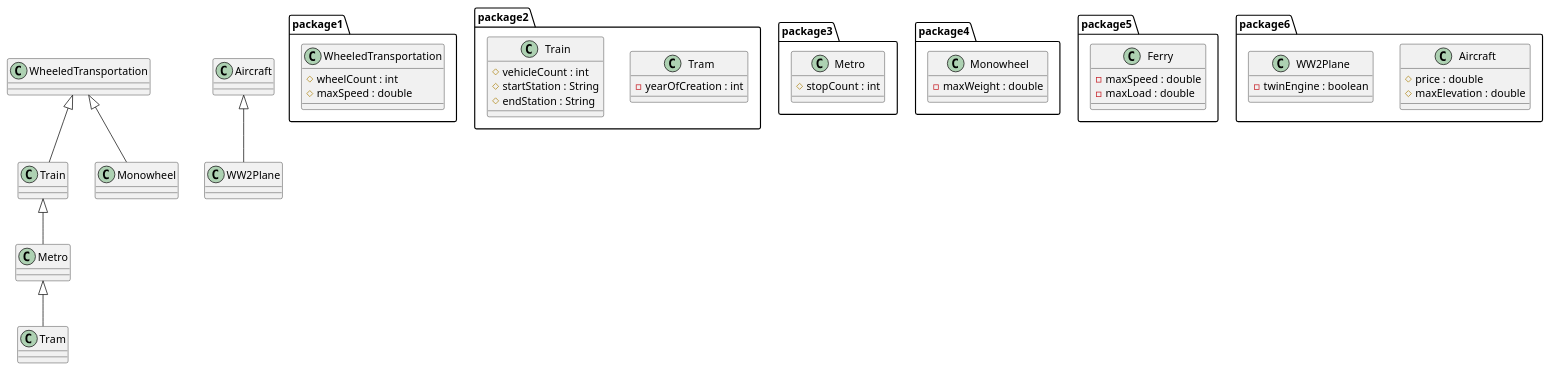
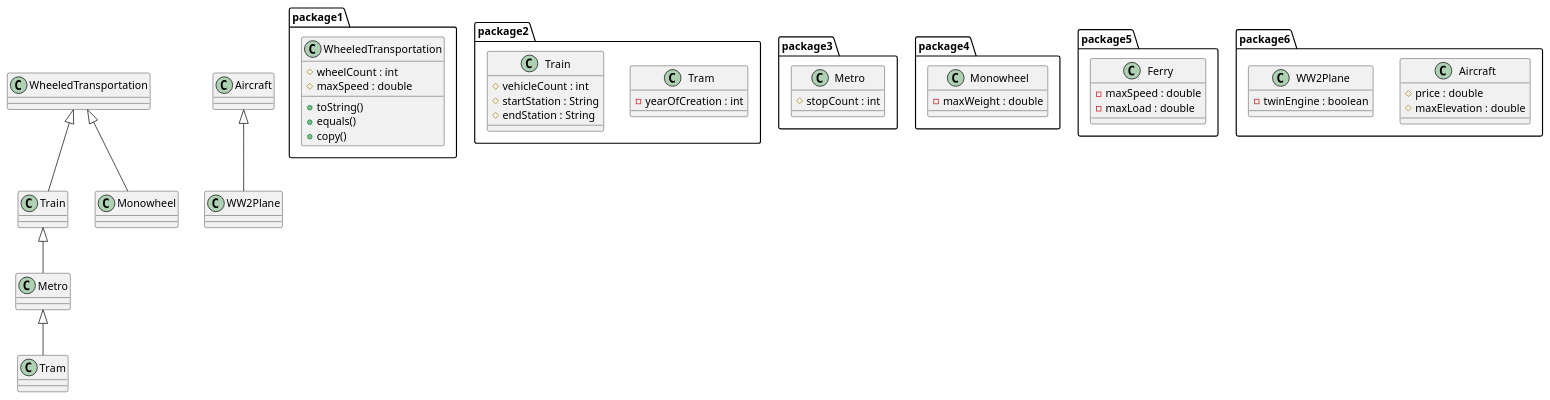
One commit to NathanGrenier/COMP249 changed the diagram in Assignment2/src/UML/classDiagram.plantuml. Above: the diagram before and after it, drawn with PlantUML. The commit also changed 10 other files, not shown here.

```diff
--- a/Assignment2/src/UML/classDiagram.plantuml
+++ b/Assignment2/src/UML/classDiagram.plantuml
@@ -1,74 +1,77 @@
 @startuml Hello world
 scale 1
 
 package package1 {
     class WheeledTransportation {
         #wheelCount : int
         #maxSpeed : double
+        +toString()
+        +equals()
+        +copy()
     }
 }
 
 package package2 {
     class Tram {
         -yearOfCreation : int
     }
     
     class Train {
         #vehicleCount : int
         #startStation : String
         #endStation : String
     }
 }
 
 package package3 {
     class Metro {
         #stopCount : int
     }
 }
 
 package package4 {
     class Monowheel {
         -maxWeight : double
     }
     
 
 }
 
 package package5 {
     class Ferry {
         -maxSpeed : double
         -maxLoad : double
     }
 }
 
 package package6 {
     class Aircraft {
         #price : double
         #maxElevation : double
     }
 
     class WW2Plane {
         -twinEngine : boolean
     }
 }
 
 
 class Train extends WheeledTransportation
 class Metro extends Train
 class Tram extends Metro
 class Monowheel extends WheeledTransportation
 class WW2Plane extends Aircraft
 
 /'
 Arrow implementation of inheritance
 
 WheeledTransportation <|-- Train
 Metro <|-- Tram
 
 Train <|-- Metro
 
 WheeledTransportation <|-- Monowheel
 
 Aircraft <|-- WW2Plane
 '/
 @enduml
```
